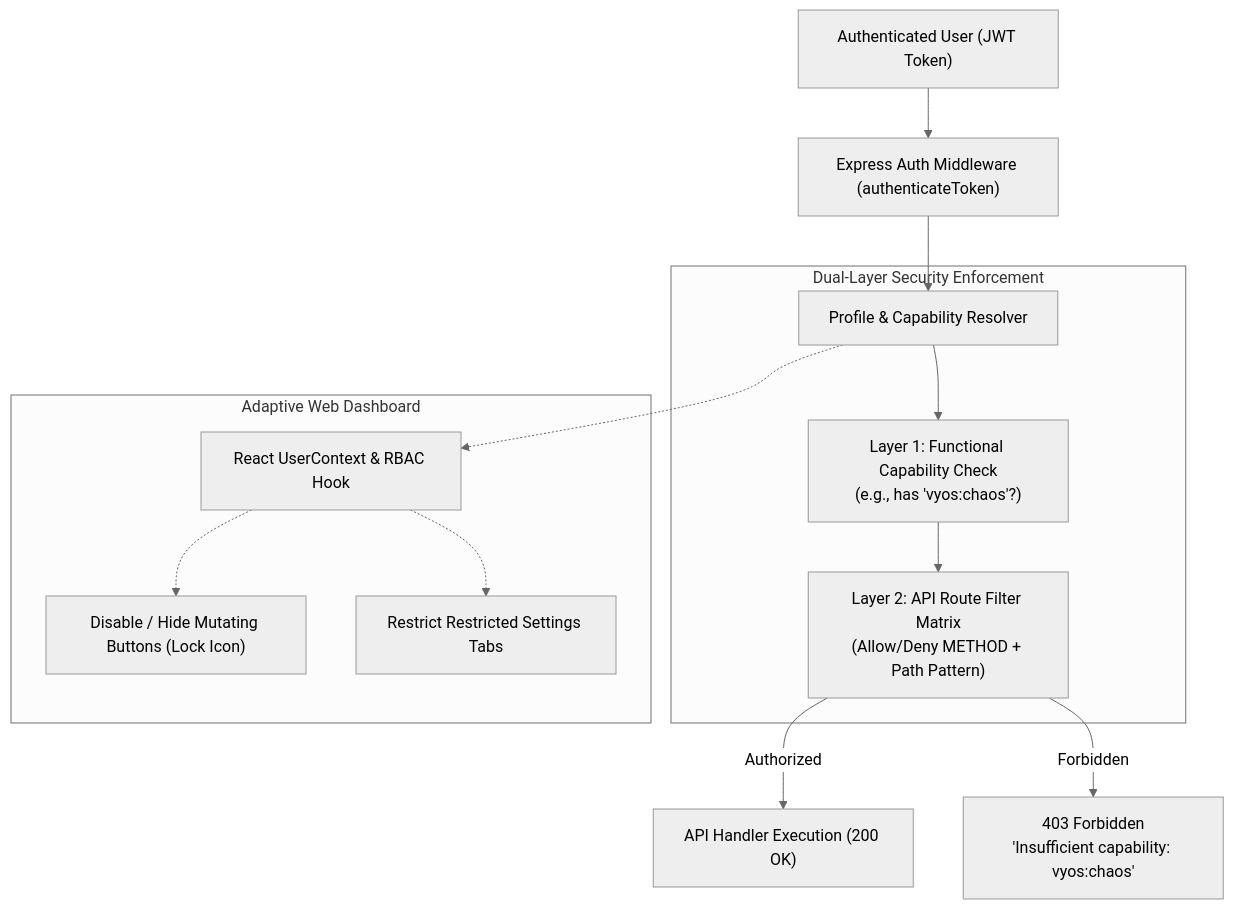
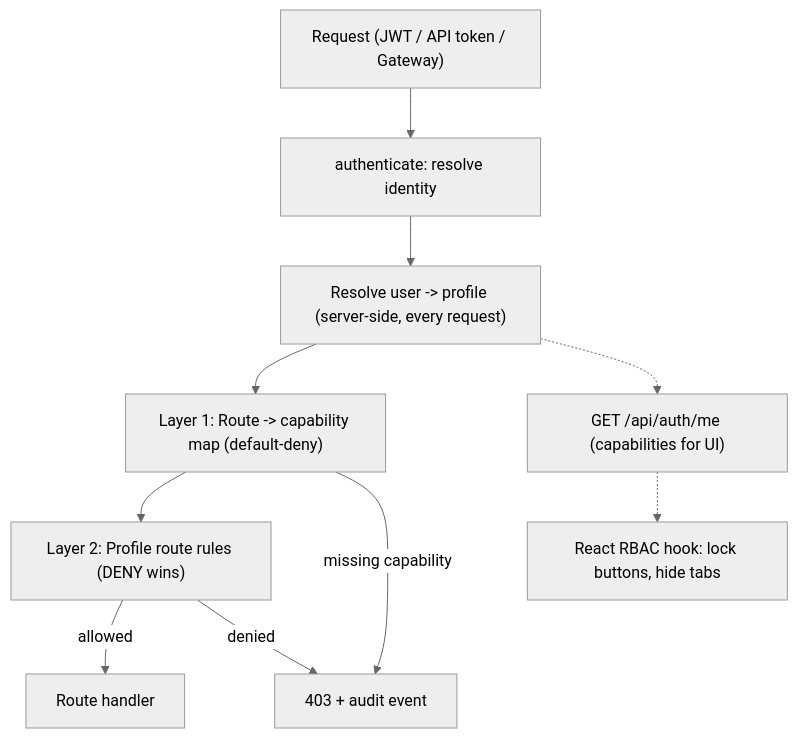
Before and after one commit to jsuzanne/stigix: the diagram in docs/PRD_ENTERPRISE_RBAC.md, drawn with Mermaid (neutral theme). The commit also changed other lines of this file, not shown here.

Commit message:
docs: revise Enterprise RBAC PRD against actual auth code

````diff
--- a/docs/PRD_ENTERPRISE_RBAC.md
+++ b/docs/PRD_ENTERPRISE_RBAC.md
@@ -22,19 +45,12 @@
 ```mermaid
 flowchart TD
-    User["Authenticated User (JWT Token)"] --> AuthMiddleware["Express Auth Middleware (authenticateToken)"]
-    AuthMiddleware --> ProfileLookup["Profile & Capability Resolver"]
-    
-    subgraph Enforcement_Engine["Dual-Layer Security Enforcement"]
-        ProfileLookup --> Layer1["Layer 1: Functional Capability Check<br/>(e.g., has 'vyos:chaos'?)"]
-        Layer1 --> Layer2["Layer 2: API Route Filter Matrix<br/>(Allow/Deny METHOD + Path Pattern)"]
-    end
-    
-    Layer2 -->|Authorized| Controller["API Handler Execution (200 OK)"]
-    Layer2 -->|Forbidden| Deny["403 Forbidden<br/>'Insufficient capability: vyos:chaos'"]
-
-    subgraph UI_Adaptation["Adaptive Web Dashboard"]
-        ProfileLookup -.-> FrontendState["React UserContext & RBAC Hook"]
-        FrontendState -.-> DisableButtons["Disable / Hide Mutating Buttons (Lock Icon)"]
-        FrontendState -.-> ProtectViews["Restrict Restricted Settings Tabs"]
-    end
+    Req["Request (JWT / API token / Gateway)"] --> Authn["authenticate: resolve identity"]
+    Authn --> Resolve["Resolve user -> profile (server-side, every request)"]
+    Resolve --> L1["Layer 1: Route -> capability map (default-deny)"]
+    L1 --> L2["Layer 2: Profile route rules (DENY wins)"]
+    L2 -->|allowed| Handler["Route handler"]
+    L1 -->|missing capability| Deny["403 + audit event"]
+    L2 -->|denied| Deny
+    Resolve -.-> Me["GET /api/auth/me (capabilities for UI)"]
+    Me -.-> UI["React RBAC hook: lock buttons, hide tabs"]
 ```
````
